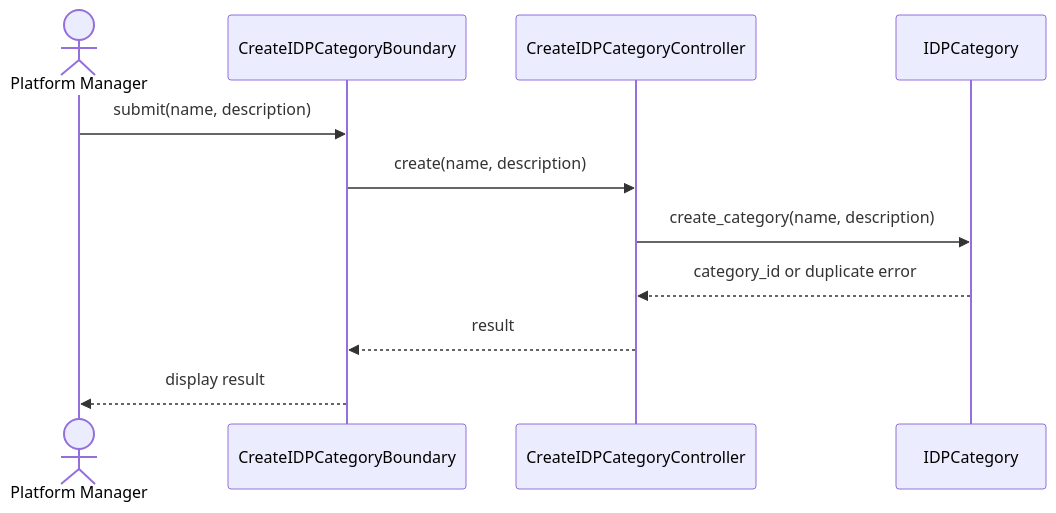
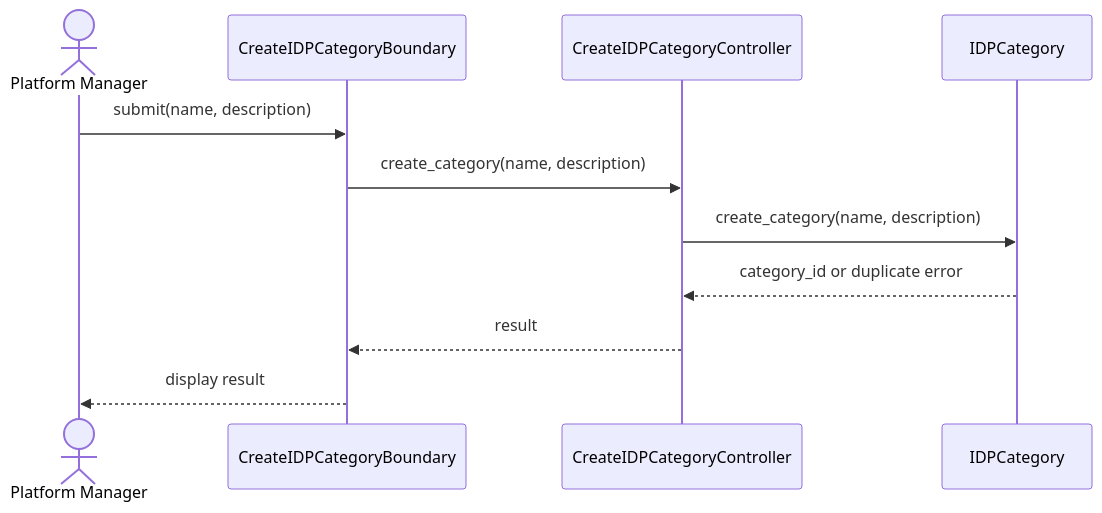
One commit to boyinapuddle/CSIT314-Chinese changed the second of 2 diagrams in diagrams/US39_Create_IDP_Category/README.md. Above: the diagram before and after it, drawn with Mermaid. The commit also changed other lines of this file and 140 other files, not shown here.

````diff
--- a/diagrams/US39_Create_IDP_Category/README.md
+++ b/diagrams/US39_Create_IDP_Category/README.md
@@ -20,13 +20,13 @@
 ```mermaid
 sequenceDiagram
     actor P0 as Platform Manager
     participant P1 as CreateIDPCategoryBoundary
     participant P2 as CreateIDPCategoryController
     participant P3 as IDPCategory
     P0->>P1: submit(name, description)
-    P1->>P2: create(name, description)
+    P1->>P2: create_category(name, description)
     P2->>P3: create_category(name, description)
     P3-->>P2: category_id or duplicate error
     P2-->>P1: result
     P1-->>P0: display result
 ```
````
